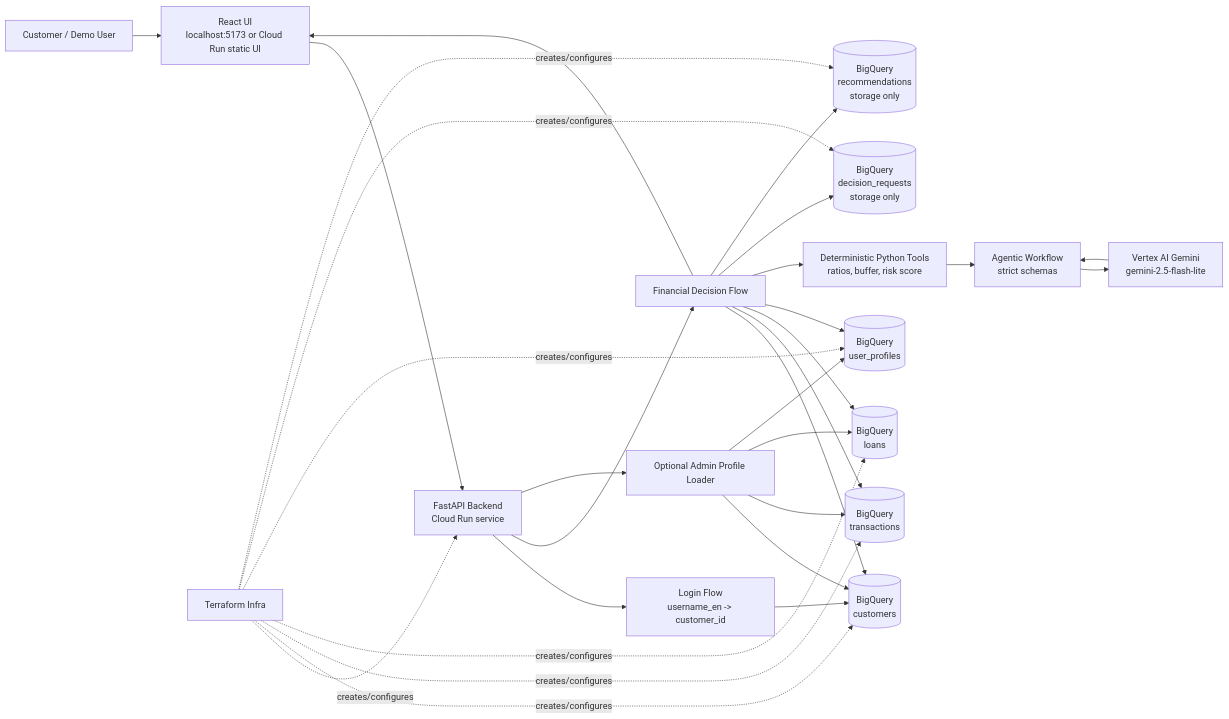
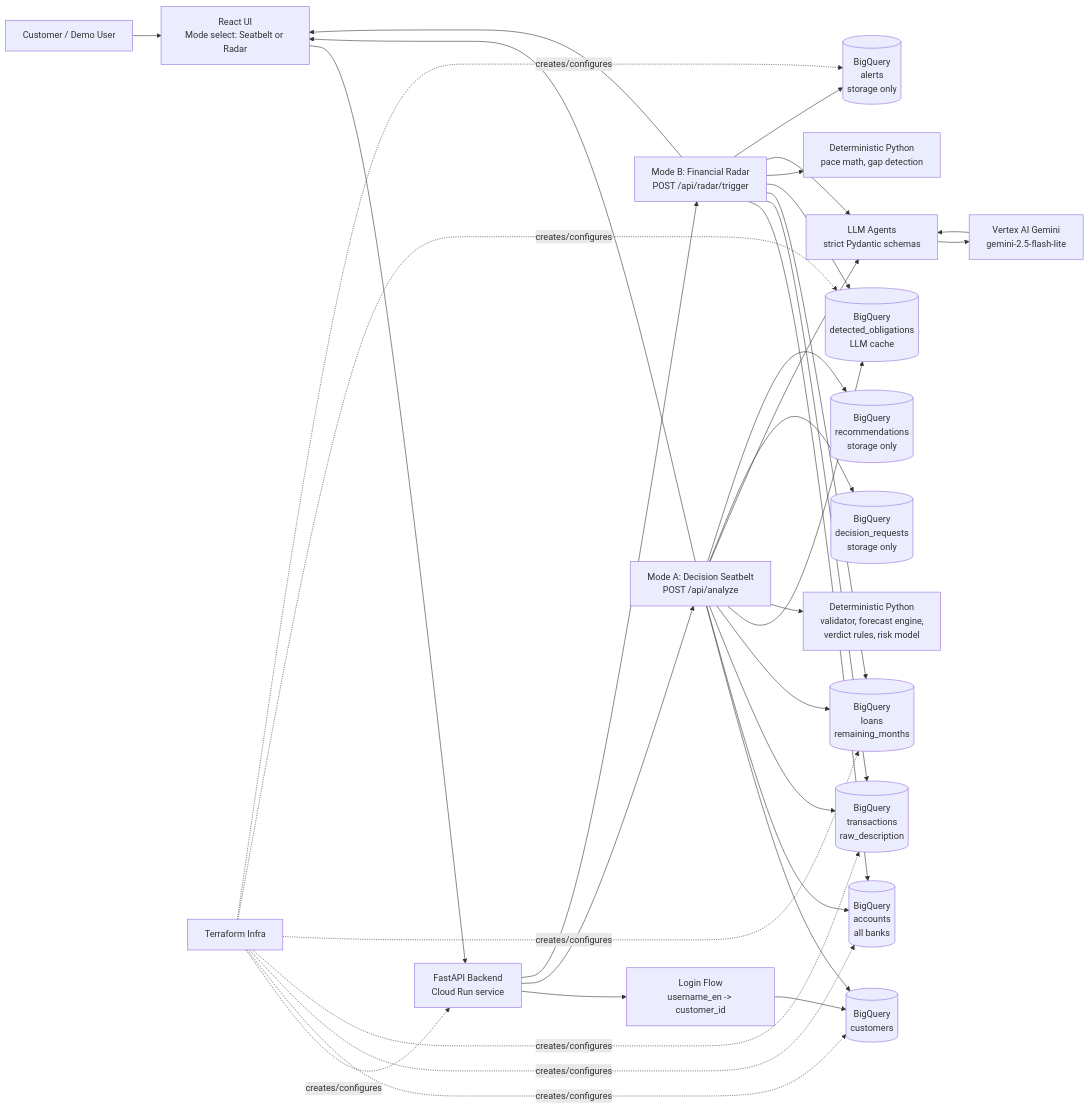
One commit to krrizzer/edraak changed the diagram in System-Architecture.md. Above: the diagram before and after it, drawn with Mermaid. The commit also changed other lines of this file and 70 other files, not shown here.

````diff
--- a/System-Architecture.md
+++ b/System-Architecture.md
@@ -4,38 +3,45 @@
 ```mermaid
 flowchart LR
-    User["Customer / Demo User"] --> Browser["React UI<br/>localhost:5173 or Cloud Run static UI"]
+    User["Customer / Demo User"] --> Browser["React UI<br/>Mode select: Seatbelt or Radar"]
     Browser --> API["FastAPI Backend<br/>Cloud Run service"]
 
     API --> AuthFlow["Login Flow<br/>username_en -> customer_id"]
-    API --> AnalysisFlow["Financial Decision Flow"]
-    API --> AdminFlow["Optional Admin Profile Loader"]
+    API --> AnalysisFlow["Mode A: Decision Seatbelt<br/>POST /api/analyze"]
+    API --> RadarFlow["Mode B: Financial Radar<br/>POST /api/radar/trigger"]
 
     AuthFlow --> BQCustomers[("BigQuery<br/>customers")]
 
     AnalysisFlow --> BQCustomers
-    AnalysisFlow --> BQTransactions[("BigQuery<br/>transactions")]
-    AnalysisFlow --> BQLoans[("BigQuery<br/>loans")]
-    AnalysisFlow --> BQProfiles[("BigQuery<br/>user_profiles")]
+    AnalysisFlow --> BQAccounts[("BigQuery<br/>accounts<br/>all banks")]
+    AnalysisFlow --> BQTransactions[("BigQuery<br/>transactions<br/>raw_description")]
+    AnalysisFlow --> BQLoans[("BigQuery<br/>loans<br/>remaining_months")]
+    AnalysisFlow --> BQObligations[("BigQuery<br/>detected_obligations<br/>LLM cache")]
 
-    AdminFlow --> BQCustomers
-    AdminFlow --> BQTransactions
-    AdminFlow --> BQLoans
-    AdminFlow --> BQProfiles
+    RadarFlow --> BQAccounts
+    RadarFlow --> BQTransactions
+    RadarFlow --> BQLoans
+    RadarFlow --> BQObligations
 
-    AnalysisFlow --> Tools["Deterministic Python Tools<br/>ratios, buffer, risk score"]
-    Tools --> Agents["Agentic Workflow<br/>strict schemas"]
+    AnalysisFlow --> Deterministic["Deterministic Python<br/>validator, forecast engine,<br/>verdict rules, risk model"]
+    RadarFlow --> RadarDet["Deterministic Python<br/>pace math, gap detection"]
+
+    AnalysisFlow --> Agents["LLM Agents<br/>strict Pydantic schemas"]
+    RadarFlow --> Agents
     Agents --> Vertex["Vertex AI Gemini<br/>gemini-2.5-flash-lite"]
     Vertex --> Agents
 
     AnalysisFlow --> BQRequests[("BigQuery<br/>decision_requests<br/>storage only")]
     AnalysisFlow --> BQRecommendations[("BigQuery<br/>recommendations<br/>storage only")]
+    RadarFlow --> BQAlerts[("BigQuery<br/>alerts<br/>storage only")]
+
     AnalysisFlow --> Browser
+    RadarFlow --> Browser
 
     Terraform["Terraform Infra"] -. creates/configures .-> API
     Terraform -. creates/configures .-> BQCustomers
+    Terraform -. creates/configures .-> BQAccounts
     Terraform -. creates/configures .-> BQTransactions
     Terraform -. creates/configures .-> BQLoans
-    Terraform -. creates/configures .-> BQProfiles
-    Terraform -. creates/configures .-> BQRequests
-    Terraform -. creates/configures .-> BQRecommendations
+    Terraform -. creates/configures .-> BQObligations
+    Terraform -. creates/configures .-> BQAlerts
 ```
````
